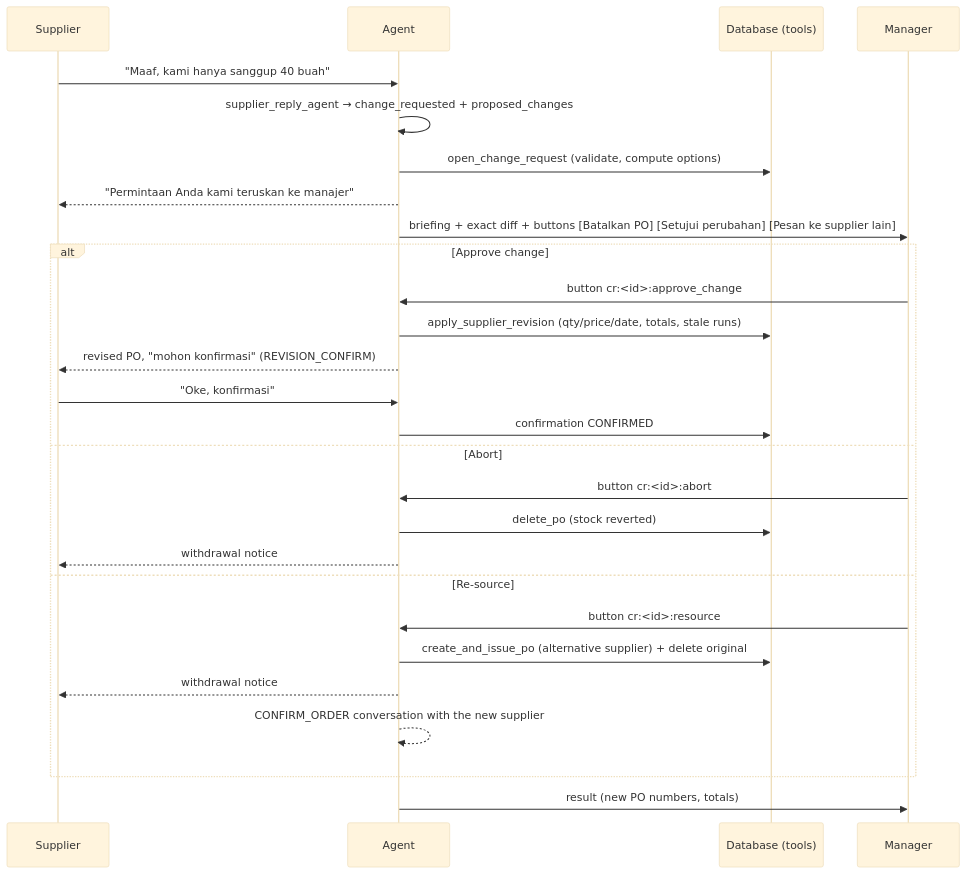
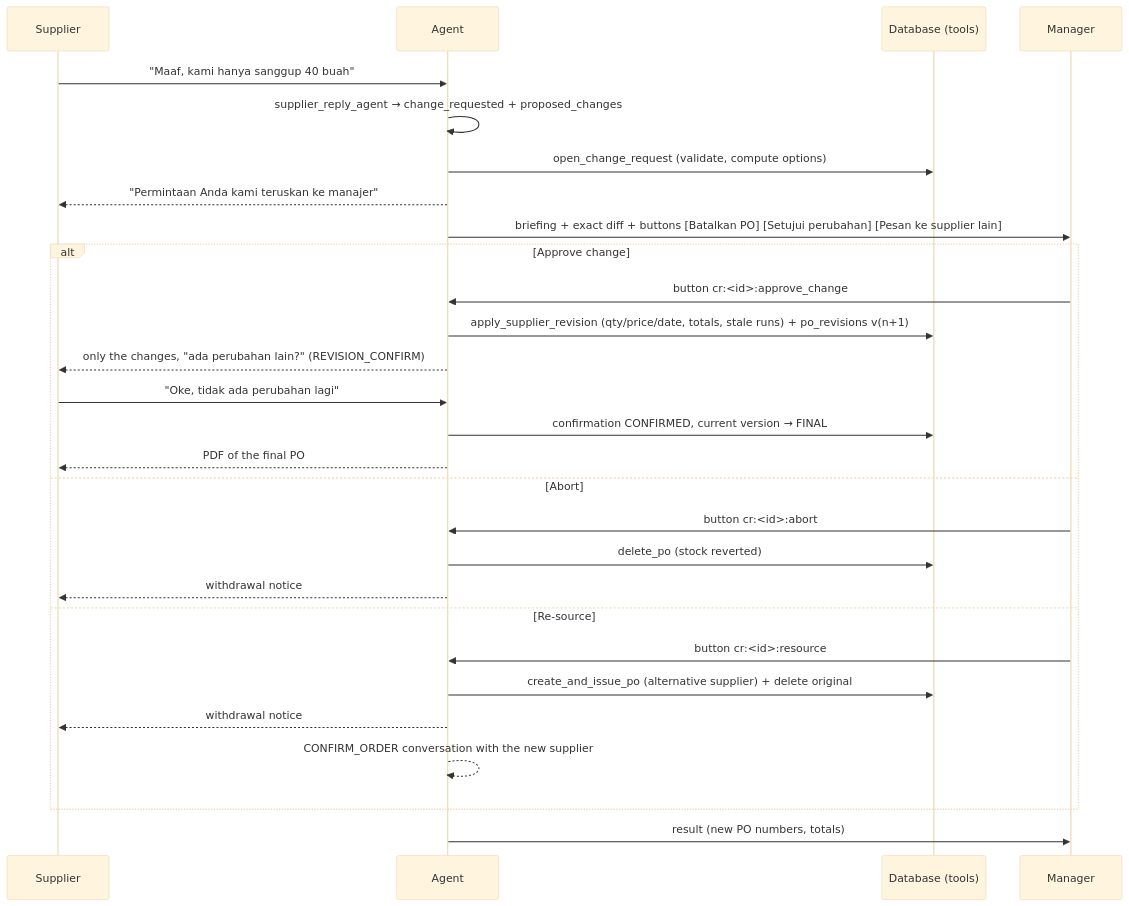
One commit to ReubenZSTechs/SIGAP-Agentic-AI-for-Automotive-Material-Shortages changed the third of 3 diagrams in docs/SUPPLIER_TELEGRAM.md. Above: the diagram before and after it, drawn with Mermaid (base theme). The commit also changed other lines of this file and 62 other files, not shown here.

````diff
--- a/docs/SUPPLIER_TELEGRAM.md
+++ b/docs/SUPPLIER_TELEGRAM.md
@@ -111,29 +123,30 @@
 ```mermaid
 sequenceDiagram
     participant S as Supplier
     participant A as Agent
     participant DB as Database (tools)
     participant M as Manager
     S->>A: "Maaf, kami hanya sanggup 40 buah"
     A->>A: supplier_reply_agent → change_requested + proposed_changes
     A->>DB: open_change_request (validate, compute options)
     A-->>S: "Permintaan Anda kami teruskan ke manajer"
     A->>M: briefing + exact diff + buttons [Batalkan PO] [Setujui perubahan] [Pesan ke supplier lain]
     alt Approve change
         M->>A: button cr:<id>:approve_change
-        A->>DB: apply_supplier_revision (qty/price/date, totals, stale runs)
-        A-->>S: revised PO, "mohon konfirmasi" (REVISION_CONFIRM)
-        S->>A: "Oke, konfirmasi"
-        A->>DB: confirmation CONFIRMED
+        A->>DB: apply_supplier_revision (qty/price/date, totals, stale runs) + po_revisions v(n+1)
+        A-->>S: only the changes, "ada perubahan lain?" (REVISION_CONFIRM)
+        S->>A: "Oke, tidak ada perubahan lagi"
+        A->>DB: confirmation CONFIRMED, current version → FINAL
+        A-->>S: PDF of the final PO
     else Abort
         M->>A: button cr:<id>:abort
         A->>DB: delete_po (stock reverted)
         A-->>S: withdrawal notice
     else Re-source
         M->>A: button cr:<id>:resource
         A->>DB: create_and_issue_po (alternative supplier) + delete original
         A-->>S: withdrawal notice
         A-->>A: CONFIRM_ORDER conversation with the new supplier
     end
     A->>M: result (new PO numbers, totals)
 ```
````
